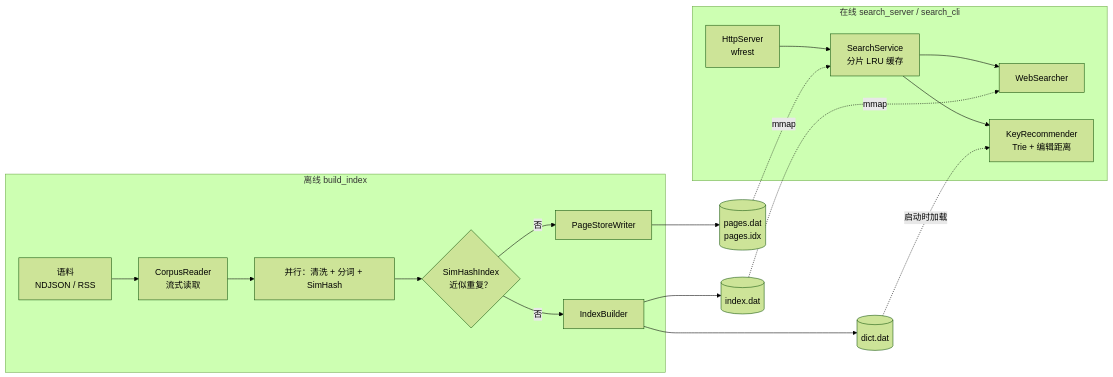
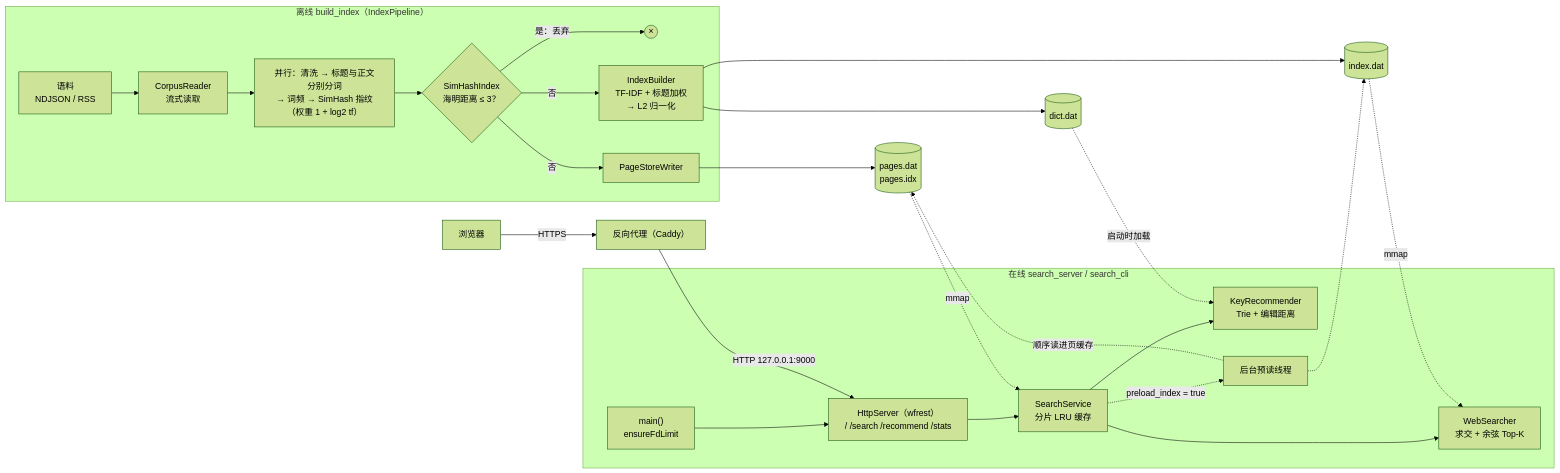
Before and after one commit to ZefanHu/SearchEngine: the first of 3 diagrams in ARCHITECTURE.md, drawn with Mermaid (forest theme). The commit also changed other lines of this file and 3 other files, not shown here.

First line of the commit message:
docs: align ARCHITECTURE and README with the current code; add docs/DATA.md

````diff
--- a/ARCHITECTURE.md
+++ b/ARCHITECTURE.md
@@ -14,24 +17,31 @@
 ```mermaid
 flowchart LR
-    subgraph offline["离线  build_index"]
+    subgraph offline["离线  build_index（IndexPipeline）"]
         C["语料<br/>NDJSON / RSS"] --> R["CorpusReader<br/>流式读取"]
-        R --> P["并行：清洗 + 分词 + SimHash"]
-        P --> D{"SimHashIndex<br/>近似重复？"}
+        R --> P["并行：清洗 → 标题与正文分别分词<br/>→ 词频 → SimHash 指纹<br/>（权重 1 + log2 tf）"]
+        P --> D{"SimHashIndex<br/>海明距离 ≤ 3？"}
+        D -- "是：丢弃" --> X(("×"))
         D -- 否 --> W["PageStoreWriter"]
-        D -- 否 --> B["IndexBuilder"]
+        D -- 否 --> B["IndexBuilder<br/>TF-IDF + 标题加权<br/>→ L2 归一化"]
     end
 
     W --> F1[("pages.dat<br/>pages.idx")]
     B --> F2[("index.dat")]
     B --> F3[("dict.dat")]
 
     subgraph online["在线  search_server / search_cli"]
-        H["HttpServer<br/>wfrest"] --> S["SearchService<br/>分片 LRU 缓存"]
-        S --> WS["WebSearcher"]
+        M["main()<br/>ensureFdLimit"] --> H["HttpServer（wfrest）<br/>/ /search /recommend /stats"]
+        H --> S["SearchService<br/>分片 LRU 缓存"]
+        S --> WS["WebSearcher<br/>求交 + 余弦 Top-K"]
         S --> KR["KeyRecommender<br/>Trie + 编辑距离"]
+        S -. "preload_index = true" .-> PT["后台预读线程"]
     end
 
     F1 -. mmap .-> S
     F2 -. mmap .-> WS
     F3 -. 启动时加载 .-> KR
+    PT -. "顺序读进页缓存" .-> F1
+    PT -.-> F2
+
+    U["浏览器"] -- HTTPS --> RP["反向代理（Caddy）"] -- "HTTP 127.0.0.1:9000" --> H
 ```
````
